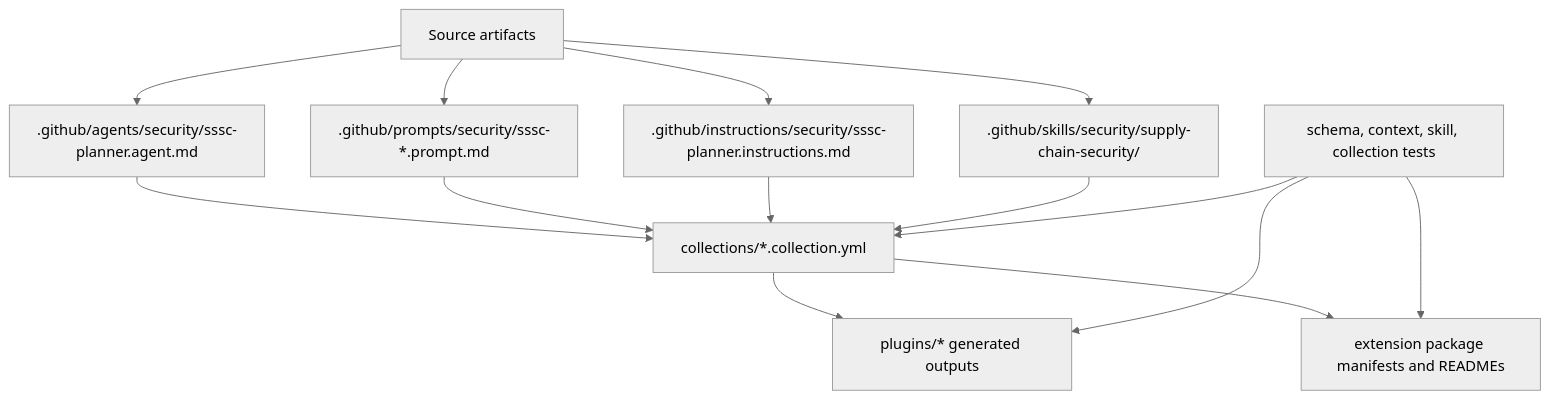
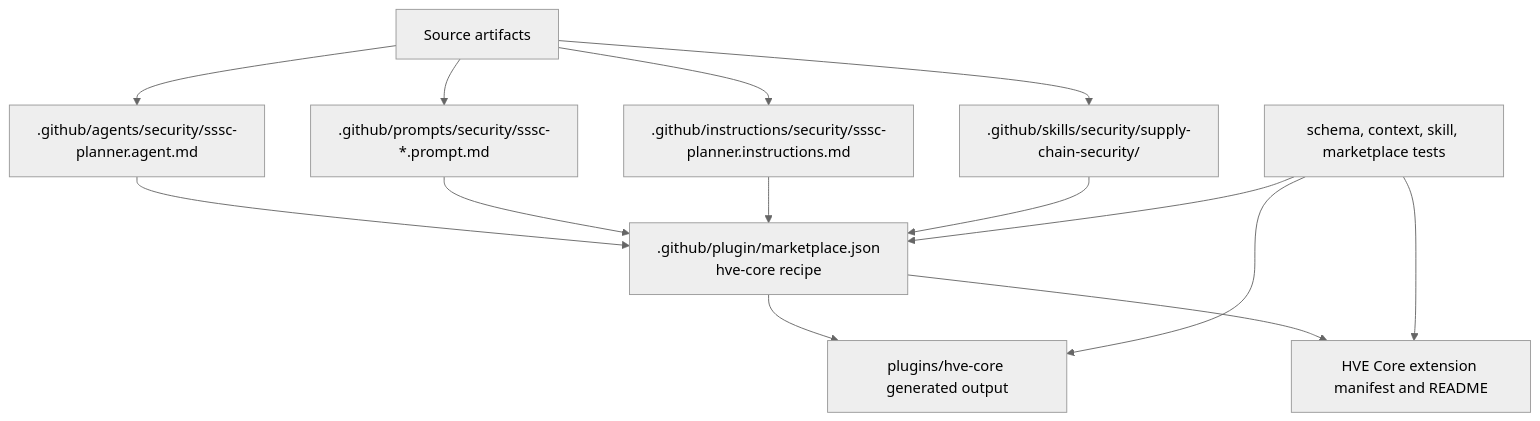
One commit to MohammedAlkindi/hve-core changed the fifth of 5 diagrams in docs/planning/prds/sssc-planner.md. Above: the diagram before and after it, drawn with Mermaid (neutral theme). The commit also changed other lines of this file and 999 other files, not shown here.

````diff
--- a/docs/planning/prds/sssc-planner.md
+++ b/docs/planning/prds/sssc-planner.md
@@ -259,16 +259,16 @@
 ```mermaid
 graph TD
     Source["Source artifacts"] --> AgentFile[".github/agents/security/sssc-planner.agent.md"]
     Source --> PromptFiles[".github/prompts/security/sssc-*.prompt.md"]
     Source --> InstructionFile[".github/instructions/security/sssc-planner.instructions.md"]
     Source --> SkillFiles[".github/skills/security/supply-chain-security/"]
-    AgentFile --> Collections["collections/*.collection.yml"]
-    PromptFiles --> Collections
-    InstructionFile --> Collections
-    SkillFiles --> Collections
-    Collections --> Plugins["plugins/* generated outputs"]
-    Collections --> Extension["extension package manifests and READMEs"]
-    Tests["schema, context, skill, collection tests"] --> Collections
+    AgentFile --> Recipe[".github/plugin/marketplace.json<br/>hve-core recipe"]
+    PromptFiles --> Recipe
+    InstructionFile --> Recipe
+    SkillFiles --> Recipe
+    Recipe --> Plugins["plugins/hve-core generated output"]
+    Recipe --> Extension["HVE Core extension manifest and README"]
+    Tests["schema, context, skill, marketplace tests"] --> Recipe
     Tests --> Plugins
     Tests --> Extension
 ```
````
